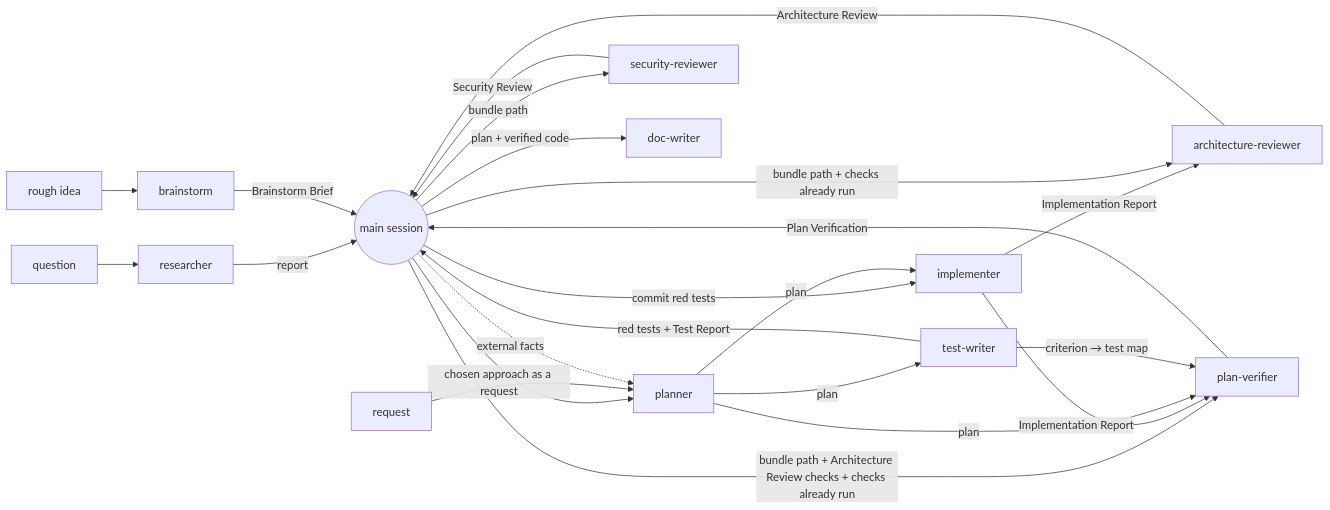
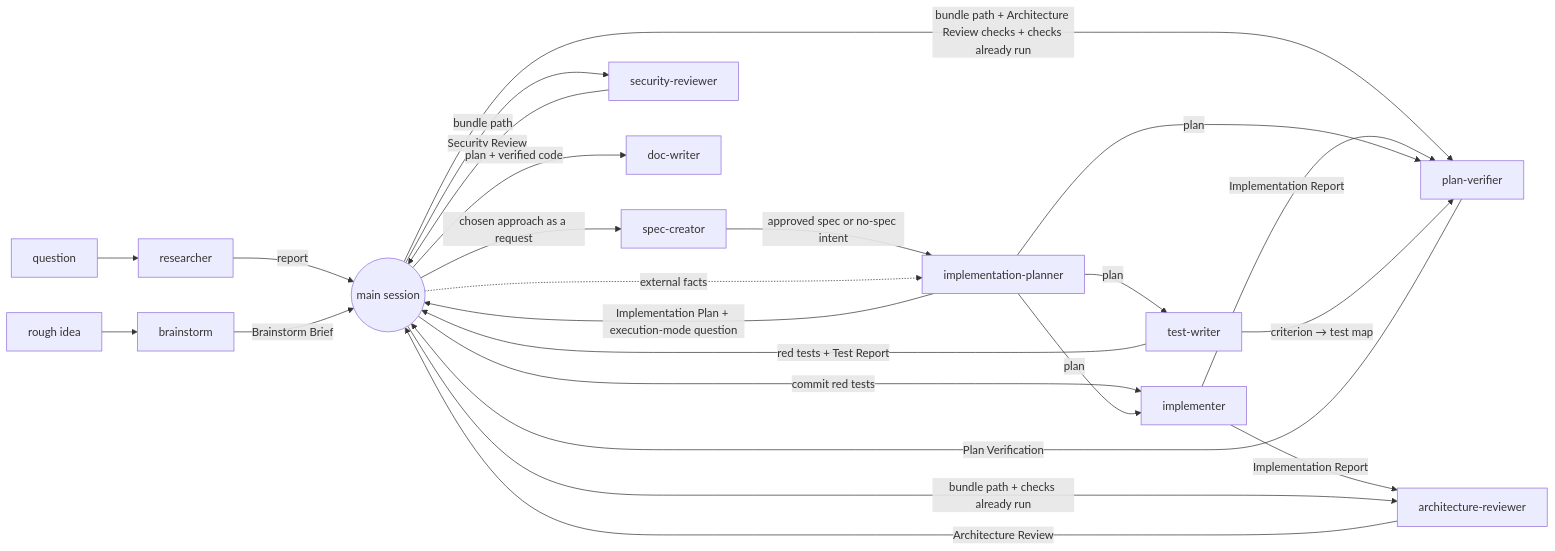
One commit to HlibHav/dev-digest changed the diagram in .claude/agents/README.md. Above: the diagram before and after it, drawn with Mermaid. The commit also changed other lines of this file and 6 other files, not shown here.

First line of the commit message:
refactor(agents): rename planner to implementation-planner, drop spec work

````diff
--- a/.claude/agents/README.md
+++ b/.claude/agents/README.md
@@ -33,23 +33,24 @@
 ```mermaid
 flowchart LR
   Q[question] --> R[researcher] -- report --> S((main session))
   IDEA[rough idea] --> B[brainstorm] -- Brainstorm Brief --> S
-  S -- chosen approach as a request --> P
-  REQ[request] --> P[planner]
+  S -- chosen approach as a request --> SC[spec-creator]
+  SC -- approved spec or no-spec intent --> P[implementation-planner]
+  P -- Implementation Plan + execution-mode question --> S
   S -. external facts .-> P
   P -- plan --> TW[test-writer]
   TW -- red tests + Test Report --> S
   S -- commit red tests --> I[implementer]
   P -- plan --> I
   I -- Implementation Report --> AR[architecture-reviewer]
   S -- bundle path + checks already run --> AR
   AR -- Architecture Review --> S
   S -- bundle path + Architecture Review checks + checks already run --> PV[plan-verifier]
   I -- Implementation Report --> PV
   P -- plan --> PV
   TW -- criterion → test map --> PV
   PV -- Plan Verification --> S
   S -- bundle path --> SR[security-reviewer]
   SR -- Security Review --> S
   S -- plan + verified code --> DW[doc-writer]
 ```
````
